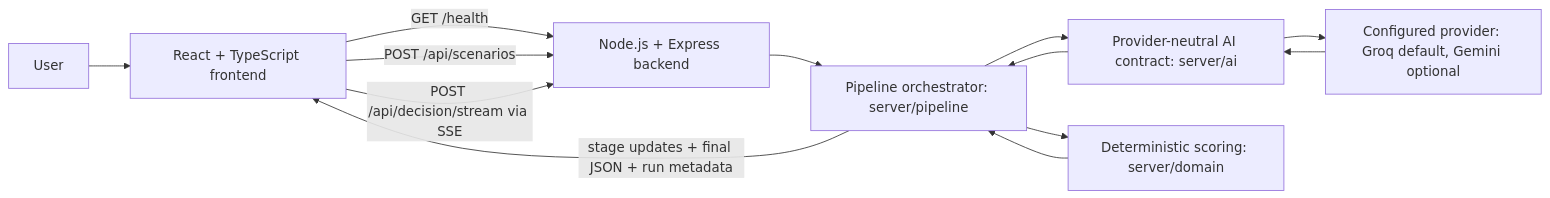
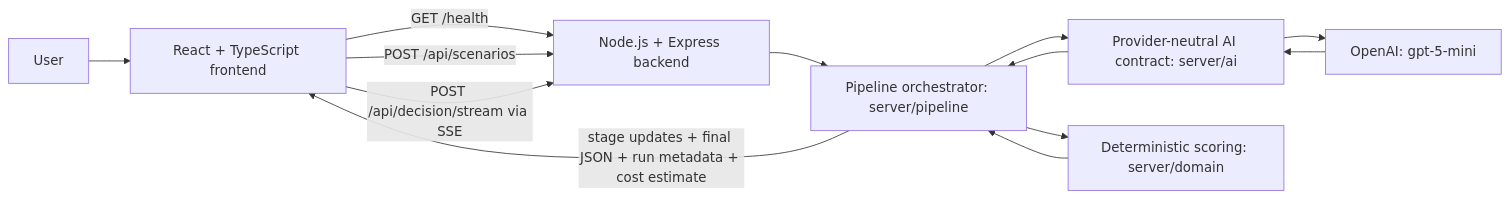
Before and after one commit to abdo2006-dev/ScenarioRank-AI: the diagram in README.md, drawn with Mermaid. The commit also changed other lines of this file and 61 other files, not shown here.

````diff
--- a/README.md
+++ b/README.md
@@ -29,15 +29,15 @@
 ```mermaid
 flowchart LR
     U[User] --> F[React + TypeScript frontend]
     F -->|GET /health| B[Node.js + Express backend]
     F -->|POST /api/scenarios| B
     F -->|POST /api/decision/stream via SSE| B
     B --> O[Pipeline orchestrator: server/pipeline]
     O --> P[Provider-neutral AI contract: server/ai]
-    P --> A[Configured provider: Groq default, Gemini optional]
+    P --> A[OpenAI: gpt-5-mini]
     O --> D[Deterministic scoring: server/domain]
     A --> P
     P --> O
     D --> O
-    O -->|stage updates + final JSON + run metadata| F
+    O -->|stage updates + final JSON + run metadata + cost estimate| F
 ```
````
